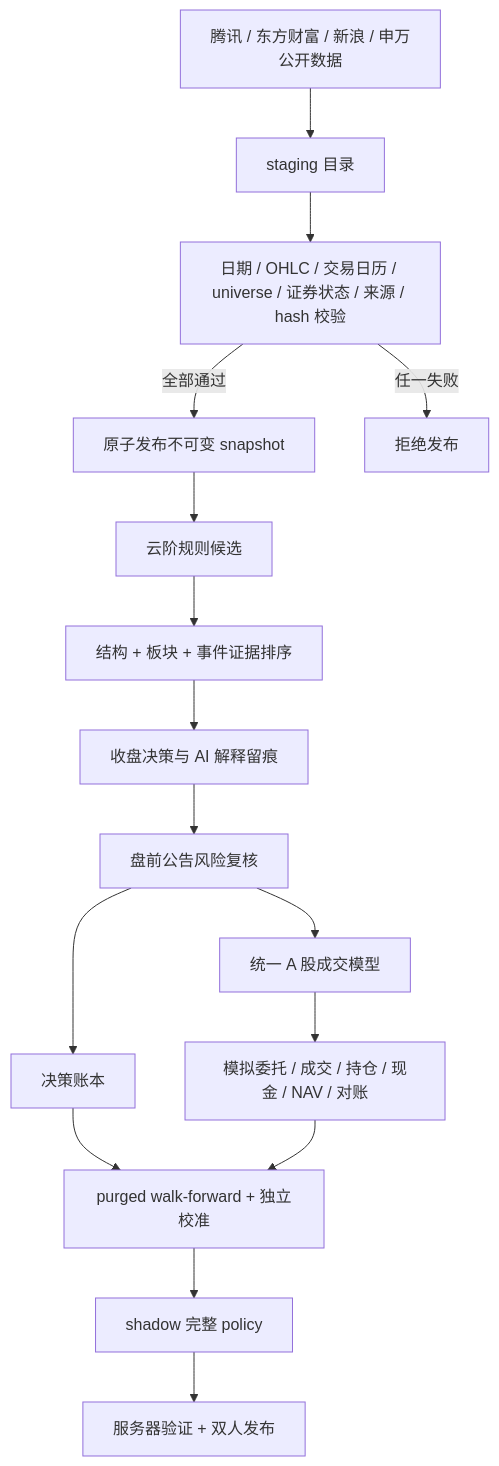
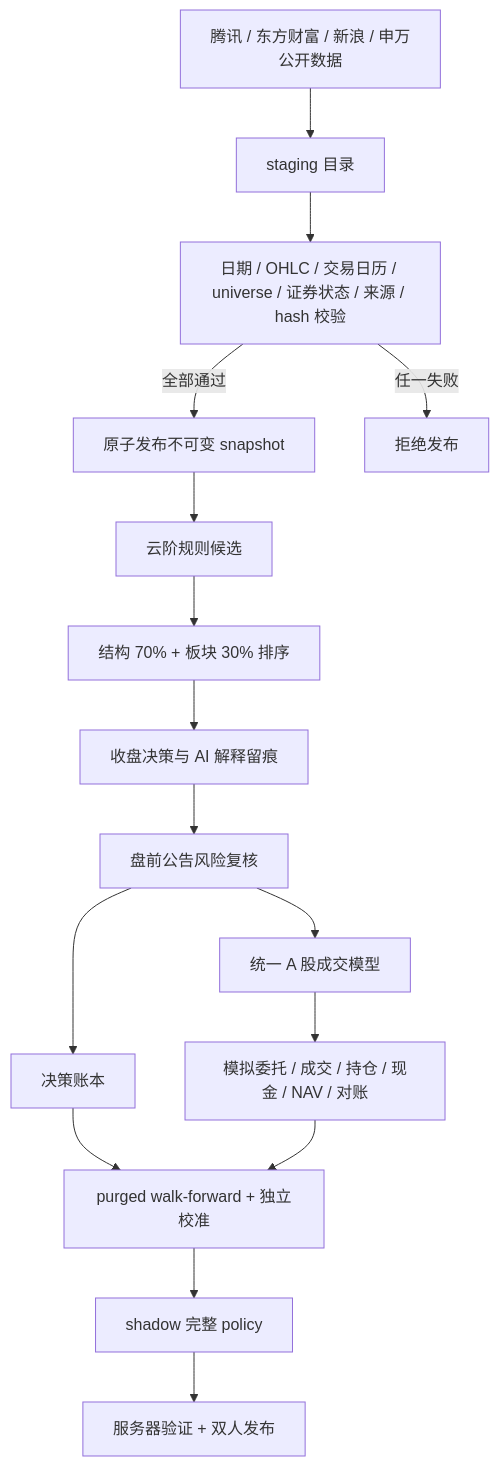
Before and after one commit to garyzheng0714-lang/a-share-quant-selector: the diagram in docs/architecture.md, drawn with Mermaid. The commit also changed other lines of this file and 13 other files, not shown here.

````diff
--- a/docs/architecture.md
+++ b/docs/architecture.md
@@ -7,18 +7,18 @@
 ```mermaid
 flowchart TD
     E["腾讯 / 东方财富 / 新浪 / 申万公开数据"] --> S["staging 目录"]
     S --> V["日期 / OHLC / 交易日历 / universe / 证券状态 / 来源 / hash 校验"]
     V -->|"全部通过"| P["原子发布不可变 snapshot"]
     V -->|"任一失败"| X["拒绝发布"]
     P --> B["云阶规则候选"]
-    B --> H["结构 + 板块 + 事件证据排序"]
+    B --> H["结构 70% + 板块 30% 排序"]
     H --> C["收盘决策与 AI 解释留痕"]
     C --> R["盘前公告风险复核"]
     R --> L["决策账本"]
     R --> T["统一 A 股成交模型"]
     T --> Q["模拟委托 / 成交 / 持仓 / 现金 / NAV / 对账"]
     L --> O["purged walk-forward + 独立校准"]
     Q --> O
     O --> G["shadow 完整 policy"]
     G --> A["服务器验证 + 双人发布"]
 ```
````
